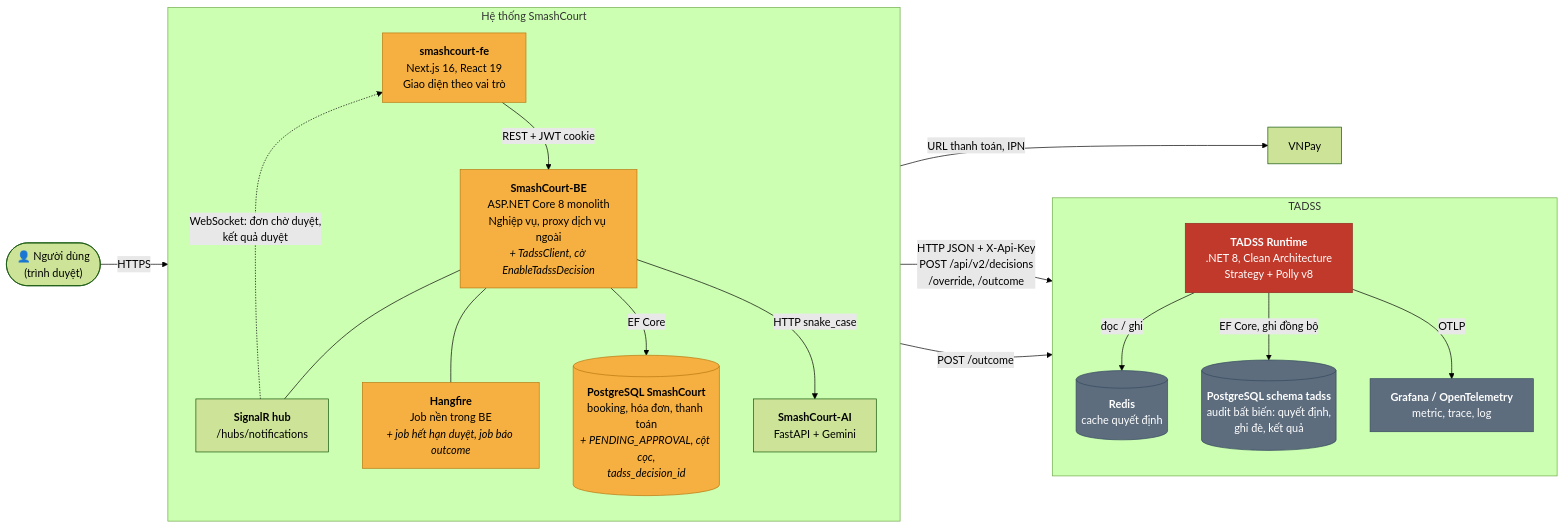
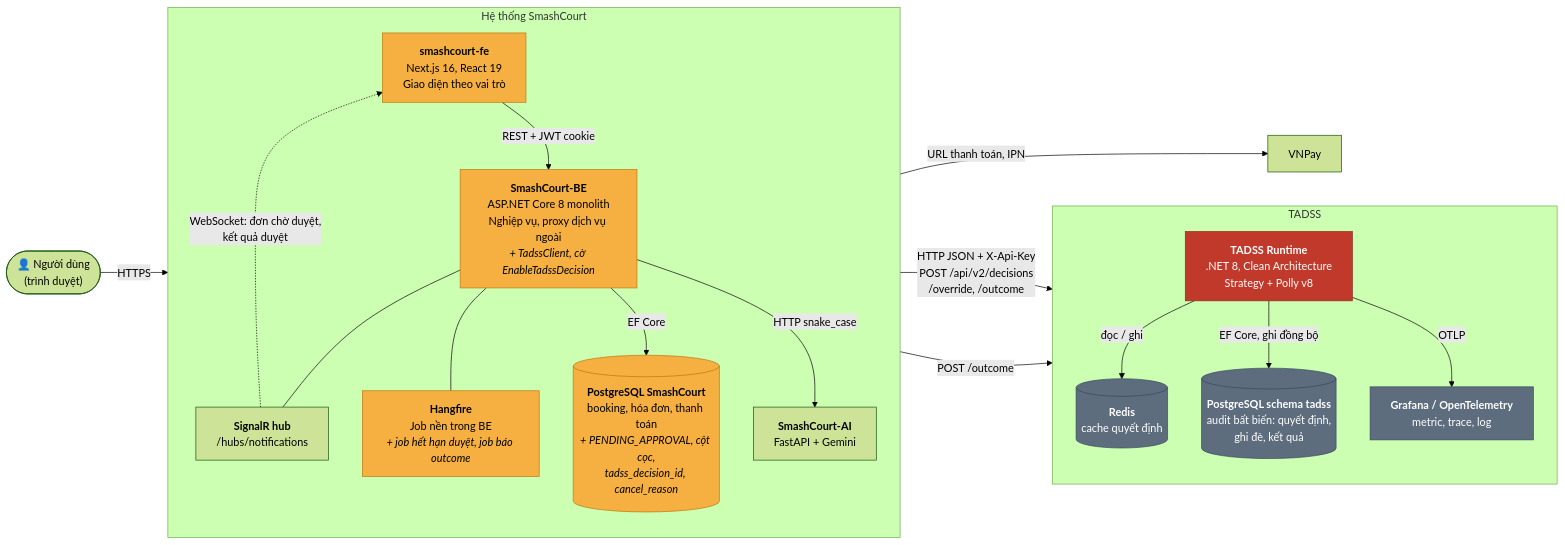
The second of 5 diagrams in docs/report/ARCHITECTURE_DIAGRAMS.md (NguyenThanhTrung-N2T/TrustworthyAdaptiveDecisionSupportSystem-TADSS), drawn with Mermaid (forest theme) before and after one commit. The commit also changed other lines of this file and 9 other files, not shown here.

Commit message:
docs: align Phase 6 design and report docs (login-only online booking, 15-min hold, cancel_reason, payment/cancel sequences)

````diff
--- a/docs/report/ARCHITECTURE_DIAGRAMS.md
+++ b/docs/report/ARCHITECTURE_DIAGRAMS.md
@@ -69,45 +69,45 @@
 ```mermaid
 flowchart LR
     user(["👤 Người dùng<br/>(trình duyệt)"])
 
     subgraph SC["Hệ thống SmashCourt"]
         direction TB
         fe["<b>smashcourt-fe</b><br/>Next.js 16, React 19<br/>Giao diện theo vai trò"]
         be["<b>SmashCourt-BE</b><br/>ASP.NET Core 8 monolith<br/>Nghiệp vụ, proxy dịch vụ ngoài<br/><i>+ TadssClient, cờ EnableTadssDecision</i>"]
         hangfire["<b>Hangfire</b><br/>Job nền trong BE<br/><i>+ job hết hạn duyệt, job báo outcome</i>"]
         hub["<b>SignalR hub</b><br/>/hubs/notifications"]
         ai["<b>SmashCourt-AI</b><br/>FastAPI + Gemini"]
-        scdb[("<b>PostgreSQL SmashCourt</b><br/>booking, hóa đơn, thanh toán<br/><i>+ PENDING_APPROVAL, cột cọc,<br/>tadss_decision_id</i>")]
+        scdb[("<b>PostgreSQL SmashCourt</b><br/>booking, hóa đơn, thanh toán<br/><i>+ PENDING_APPROVAL, cột cọc,<br/>tadss_decision_id, cancel_reason</i>")]
     end
 
     subgraph TD["TADSS"]
         direction TB
         rt["<b>TADSS Runtime</b><br/>.NET 8, Clean Architecture<br/>Strategy + Polly v8"]
         redis[("<b>Redis</b><br/>cache quyết định")]
         tdb[("<b>PostgreSQL schema tadss</b><br/>audit bất biến: quyết định,<br/>ghi đè, kết quả")]
         otel["<b>Grafana / OpenTelemetry</b><br/>metric, trace, log"]
     end
 
     vnpay["VNPay"]
 
     user -- "HTTPS" --> fe
     fe -- "REST + JWT cookie" --> be
     hub -. "WebSocket: đơn chờ duyệt,<br/>kết quả duyệt" .-> fe
     be --- hub
     be --- hangfire
     be -- "EF Core" --> scdb
     be -- "HTTP snake_case" --> ai
     be -- "HTTP JSON + X-Api-Key<br/>POST /api/v2/decisions<br/>/override, /outcome" --> rt
     hangfire -- "POST /outcome" --> rt
     be -- "URL thanh toán, IPN" --> vnpay
     rt -- "đọc / ghi" --> redis
     rt -- "EF Core, ghi đồng bộ" --> tdb
     rt -- "OTLP" --> otel
 
     classDef changed fill:#f5b041,stroke:#b9770e,color:#000
     classDef tadssNode fill:#c0392b,stroke:#922b21,color:#fff
     classDef store fill:#5d6d7e,stroke:#34495e,color:#fff
     class be,hangfire,scdb,fe changed
     class rt tadssNode
     class redis,tdb,otel store
 ```
````
